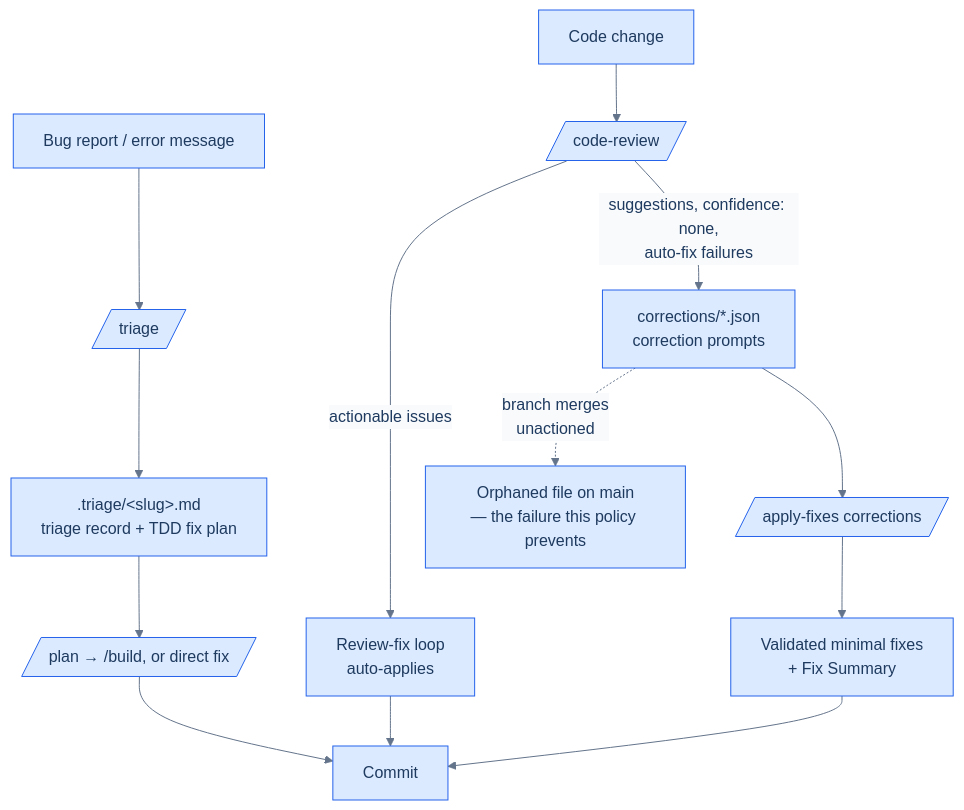
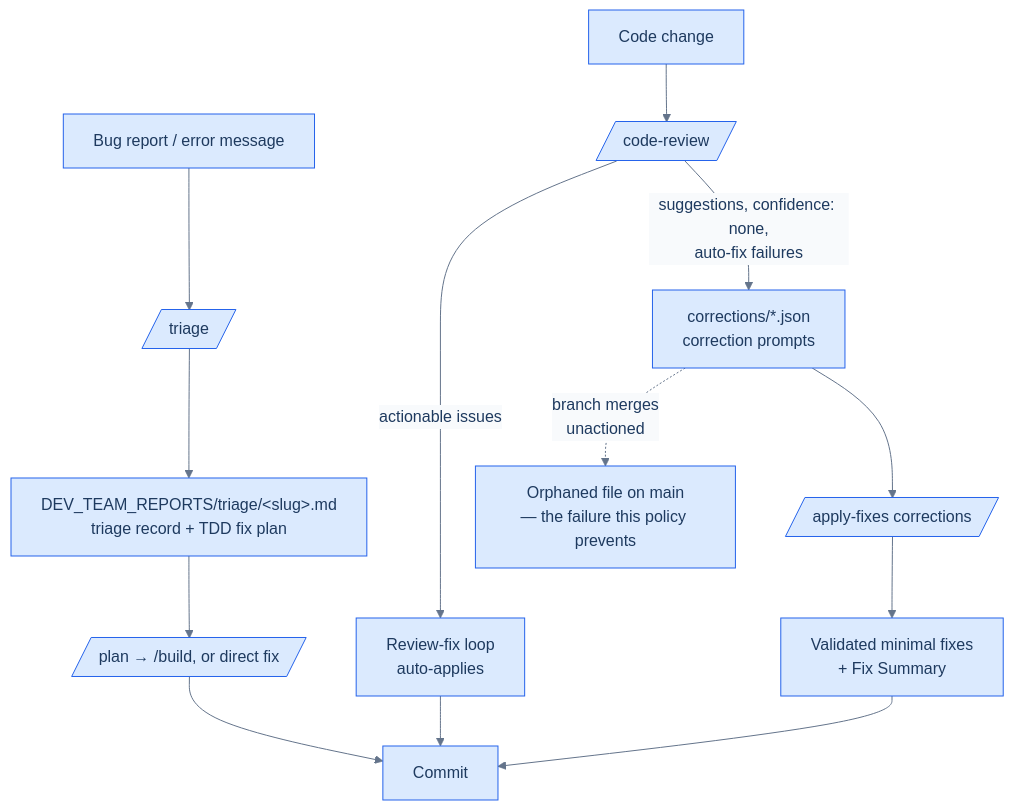
One commit to bdfinst/agentic-dev-team changed the diagram in plugins/dev-team/docs/triage-workflow.md. Above: the diagram before and after it, drawn with Mermaid. The commit also changed other lines of this file and 4 other files, not shown here.

Commit message:
docs: update triage cross-references to DEV_TEAM_REPORTS/triage/ (#961)

````diff
--- a/plugins/dev-team/docs/triage-workflow.md
+++ b/plugins/dev-team/docs/triage-workflow.md
@@ -28,16 +28,16 @@
 ```mermaid
 %%{init: {'theme': 'base', 'themeVariables': {'primaryColor': '#dbeafe', 'primaryTextColor': '#1e3a5f', 'primaryBorderColor': '#3b82f6', 'lineColor': '#64748b', 'secondaryColor': '#f1f5f9', 'tertiaryColor': '#e0f2fe', 'background': '#ffffff', 'mainBkg': '#dbeafe', 'nodeBorder': '#2563eb', 'clusterBkg': '#eff6ff', 'clusterBorder': '#bfdbfe', 'titleColor': '#1e3a5f', 'edgeLabelBackground': '#f8fafc'}}}%%
 flowchart TD
     A[Bug report / error message] --> B[/triage/]
-    B --> C[.triage/&lt;slug&gt;.md<br/>triage record + TDD fix plan]
+    B --> C[DEV_TEAM_REPORTS/triage/&lt;slug&gt;.md<br/>triage record + TDD fix plan]
     C --> D[/plan → /build, or direct fix/]
     E[Code change] --> F[/code-review/]
     F -->|actionable issues| G[Review-fix loop<br/>auto-applies]
     F -->|suggestions, confidence: none,<br/>auto-fix failures| H[corrections/*.json<br/>correction prompts]
     H --> I[/apply-fixes corrections/]
     I --> J[Validated minimal fixes<br/>+ Fix Summary]
     D --> K[Commit]
     G --> K
     J --> K
     H -.->|branch merges<br/>unactioned| L[Orphaned file on main<br/>— the failure this policy prevents]
 ```
````
